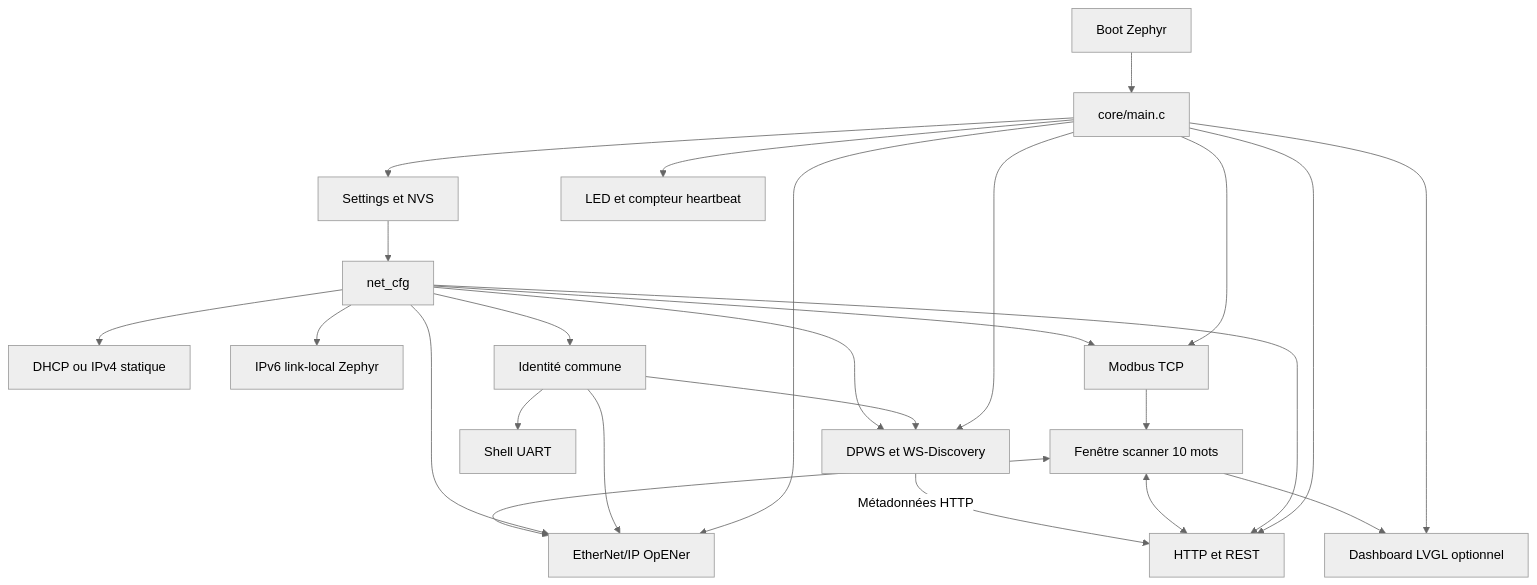
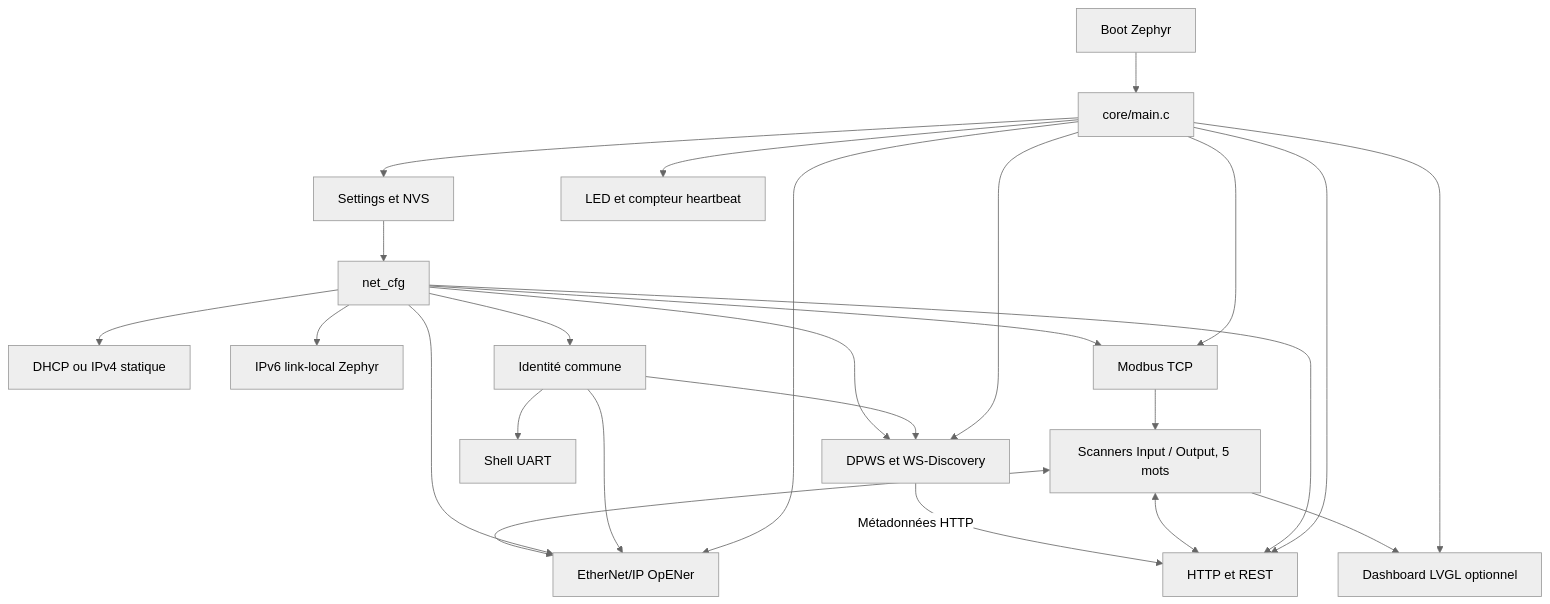
Before and after one commit to BehloulAmine/industrial-ethernet: the diagram in app_m7/src/ARCHITECTURE.md, drawn with Mermaid (neutral theme). The commit also changed other lines of this file and 10 other files, not shown here.

Commit message:
Phase 10: update EtherNet/IP and Modbus assemblies to support 5-word input/output scanners and enhance remote control handling

````diff
--- a/app_m7/src/ARCHITECTURE.md
+++ b/app_m7/src/ARCHITECTURE.md
@@ -9,28 +9,28 @@
 ```mermaid
 flowchart TD
     Boot["Boot Zephyr"] --> Main["core/main.c"]
     Main --> Settings["Settings et NVS"]
     Settings --> Net["net_cfg"]
     Net --> IPv4["DHCP ou IPv4 statique"]
     Net --> IPv6["IPv6 link-local Zephyr"]
     Main --> MB["Modbus TCP"]
     Main --> EIP["EtherNet/IP OpENer"]
     Main --> Web["HTTP et REST"]
     Main --> DPWS["DPWS et WS-Discovery"]
     Main --> LCD["Dashboard LVGL optionnel"]
     Main --> Heartbeat["LED et compteur heartbeat"]
 
     Ident["Identité commune"] --> EIP
     Ident --> DPWS
     Ident --> Shell["Shell UART"]
     Net --> Ident
     Net --> MB
     Net --> EIP
     Net --> Web
     Net --> DPWS
-    MB --> Scanner["Fenêtre scanner 10 mots"]
+    MB --> Scanner["Scanners Input / Output, 5 mots"]
     Scanner <--> EIP
     Scanner <--> Web
     Scanner --> LCD
     DPWS -->|"Métadonnées HTTP"| Web
 ```
````
